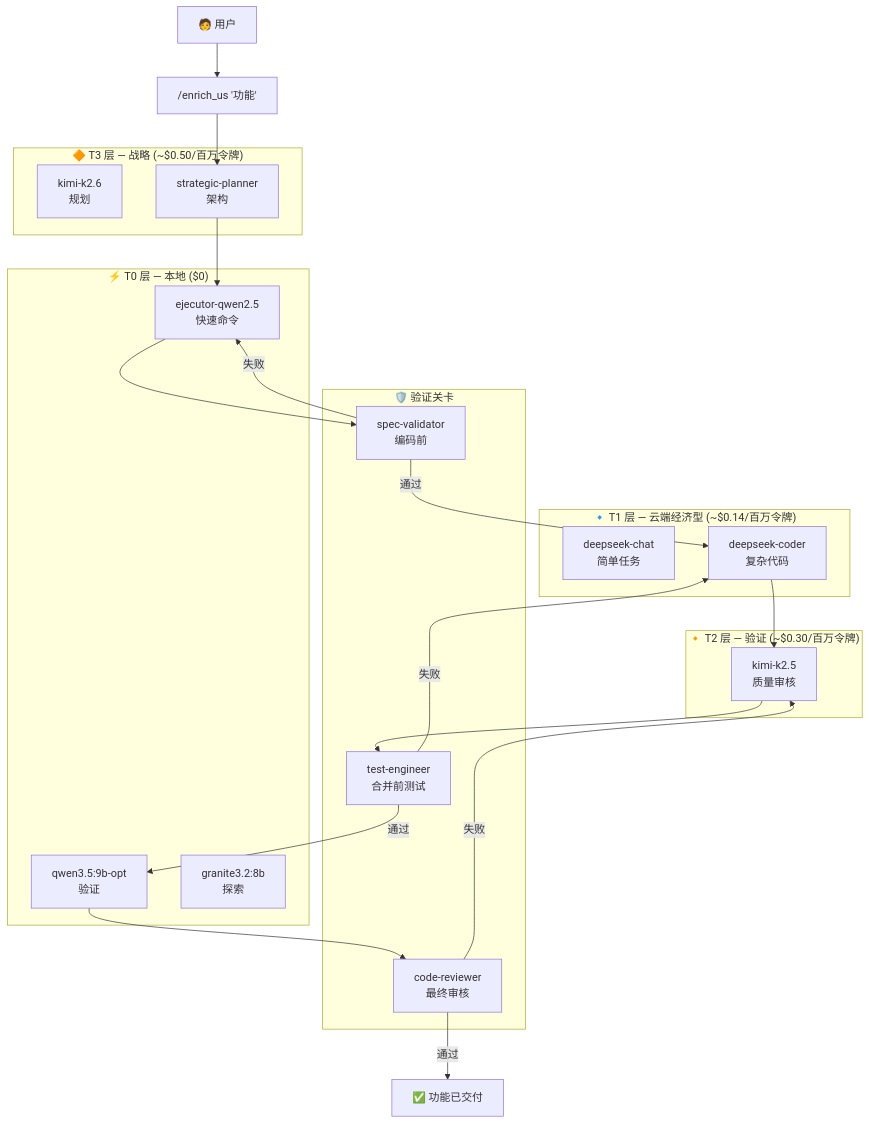
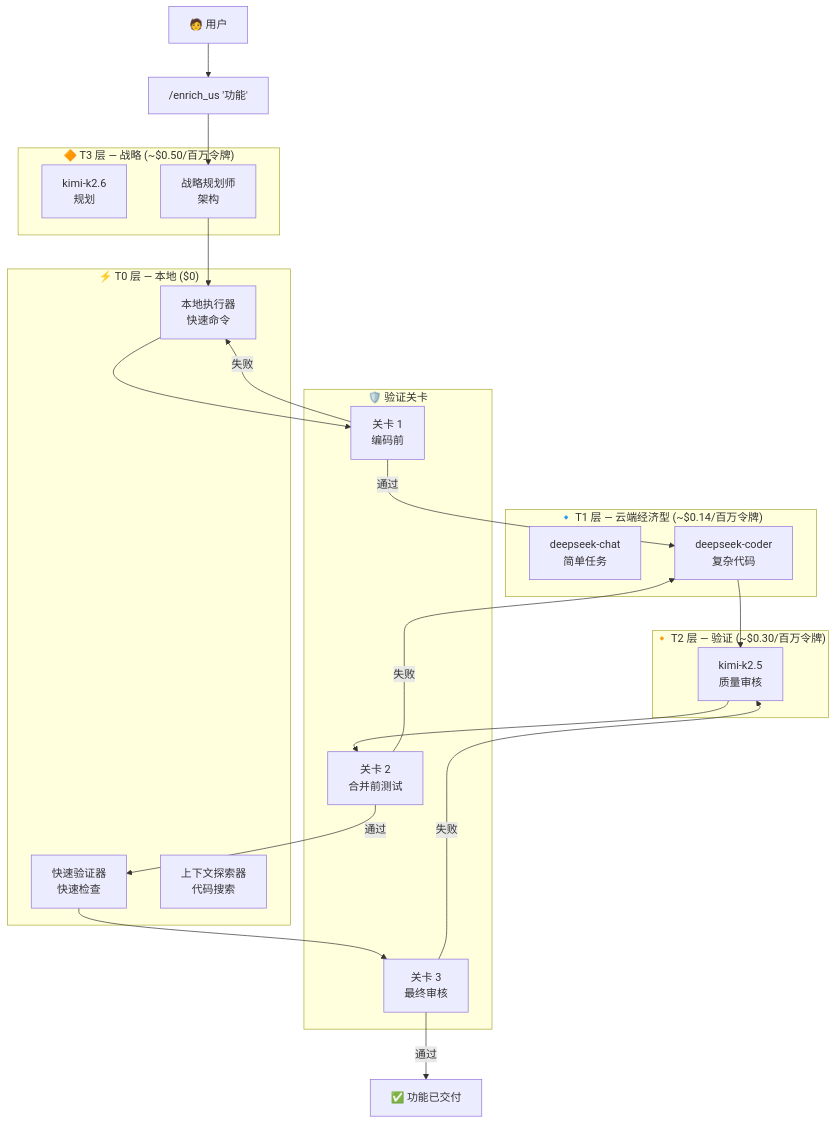
The third of 6 diagrams in README_CN.md (Aquilesnake/COALA-SwarmOps), drawn with Mermaid before and after one commit. The commit also changed other lines of this file and 6 other files, not shown here.

````diff
--- a/README_CN.md
+++ b/README_CN.md
@@ -156,42 +156,42 @@
 ```mermaid
 flowchart TB
     subgraph TIER0["⚡ T0 层 — 本地 ($0)"]
-        T0A["ejecutor-qwen2.5<br/>快速命令"]
-        T0B["qwen3.5:9b-opt<br/>验证"]
-        T0C["granite3.2:8b<br/>探索"]
+        T0A["本地执行器<br/>快速命令"]
+        T0B["快速验证器<br/>快速检查"]
+        T0C["上下文探索器<br/>代码搜索"]
     end
 
     subgraph TIER1["🔹 T1 层 — 云端经济型 (~$0.14/百万令牌)"]
         T1A["deepseek-chat<br/>简单任务"]
         T1B["deepseek-coder<br/>复杂代码"]
     end
 
     subgraph TIER2["🔸 T2 层 — 验证 (~$0.30/百万令牌)"]
         T2A["kimi-k2.5<br/>质量审核"]
     end
 
     subgraph TIER3["🔶 T3 层 — 战略 (~$0.50/百万令牌)"]
         T3A["kimi-k2.6<br/>规划"]
-        T3B["strategic-planner<br/>架构"]
+        T3B["战略规划师<br/>架构"]
     end
 
     subgraph GATES["🛡️ 验证关卡"]
-        GATE1["spec-validator<br/>编码前"]
-        GATE2["test-engineer<br/>合并前测试"]
-        GATE3["code-reviewer<br/>最终审核"]
+        GATE1["关卡 1<br/>编码前"]
+        GATE2["关卡 2<br/>合并前测试"]
+        GATE3["关卡 3<br/>最终审核"]
     end
 
     USER["🧑 用户"] --> REQUEST["/enrich_us '功能'"]
     REQUEST --> T3B
     T3B --> T0A
     T0A --> GATE1
     GATE1 -->|通过| T1B
     GATE1 -->|失败| T0A
     T1B --> T2A
     T2A --> GATE2
     GATE2 -->|通过| T0B
     GATE2 -->|失败| T1B
     T0B --> GATE3
     GATE3 -->|通过| OUTPUT["✅ 功能已交付"]
     GATE3 -->|失败| T2A
 ```
````
